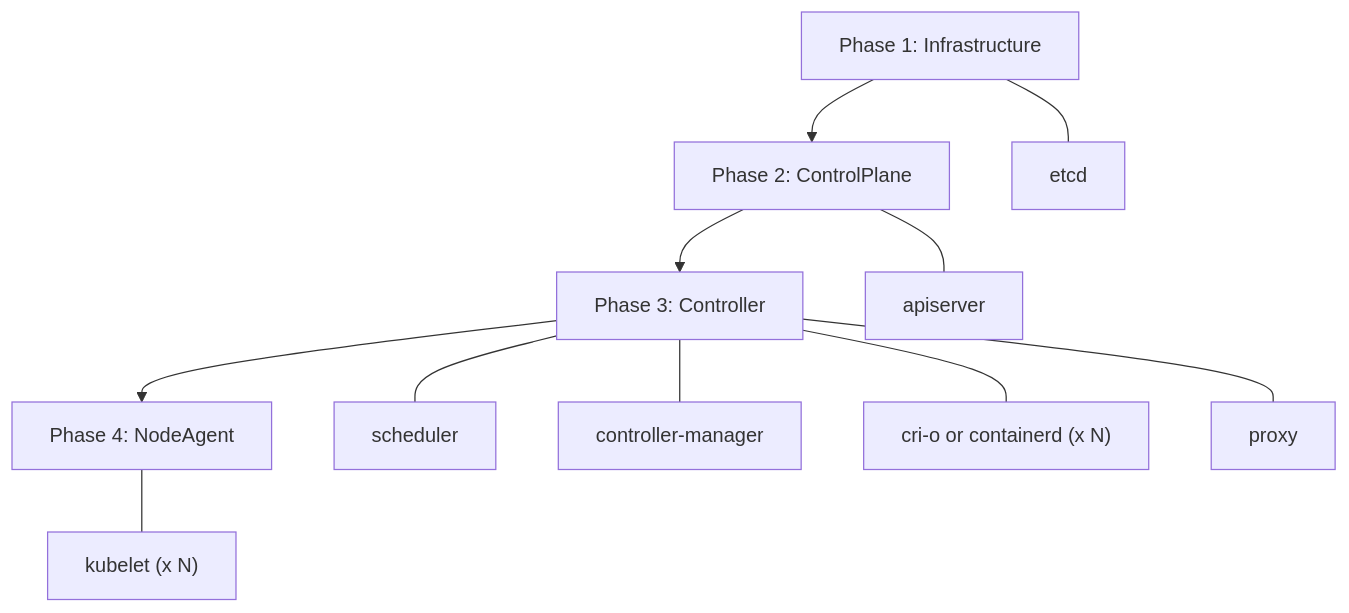
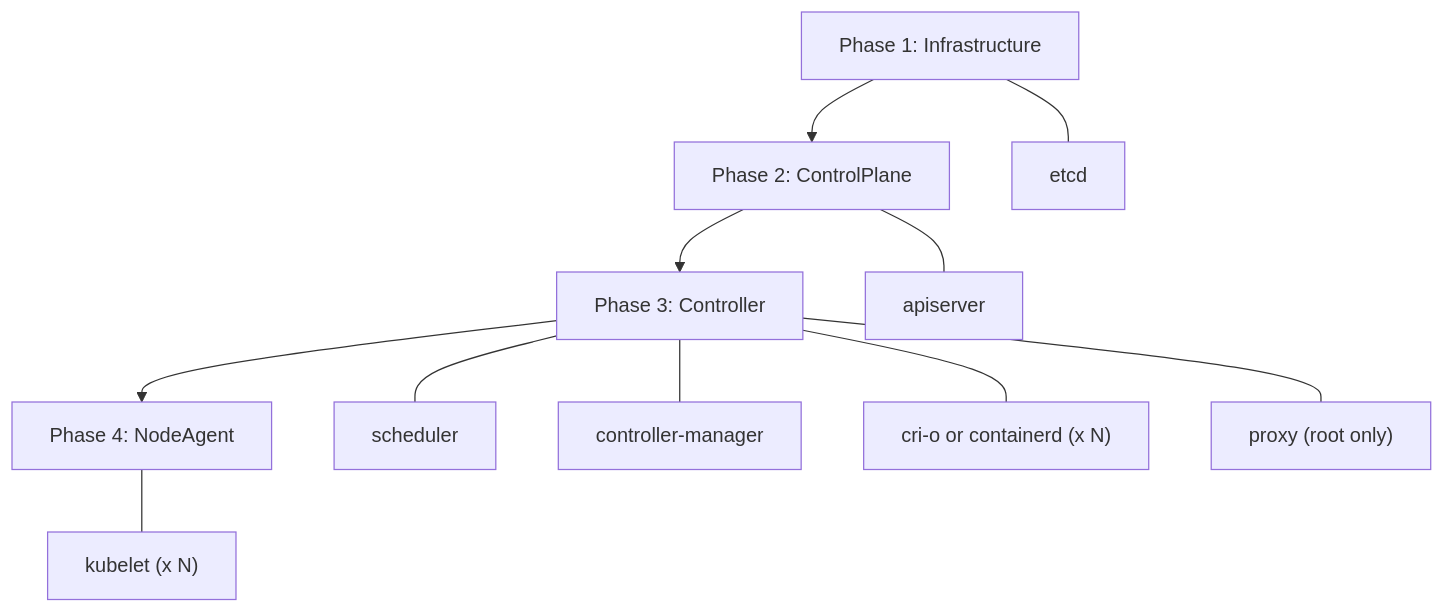
Before and after one commit to saschagrunert/kubernix: the diagram in README.md, drawn with Mermaid. The commit also changed other lines of this file and 17 other files, not shown here.

````diff
--- a/README.md
+++ b/README.md
@@ -74,11 +75,11 @@
 ```mermaid
 graph TD
     A["Phase 1: Infrastructure"] --> B["Phase 2: ControlPlane"]
     B --> C["Phase 3: Controller"]
     C --> D["Phase 4: NodeAgent"]
 
     A --- etcd
     B --- apiserver
-    C --- scheduler & controller-manager & cri["cri-o or containerd (x N)"] & proxy
+    C --- scheduler & controller-manager & cri["cri-o or containerd (x N)"] & proxy["proxy (root only)"]
     D --- kubelet["kubelet (x N)"]
 ```
````
